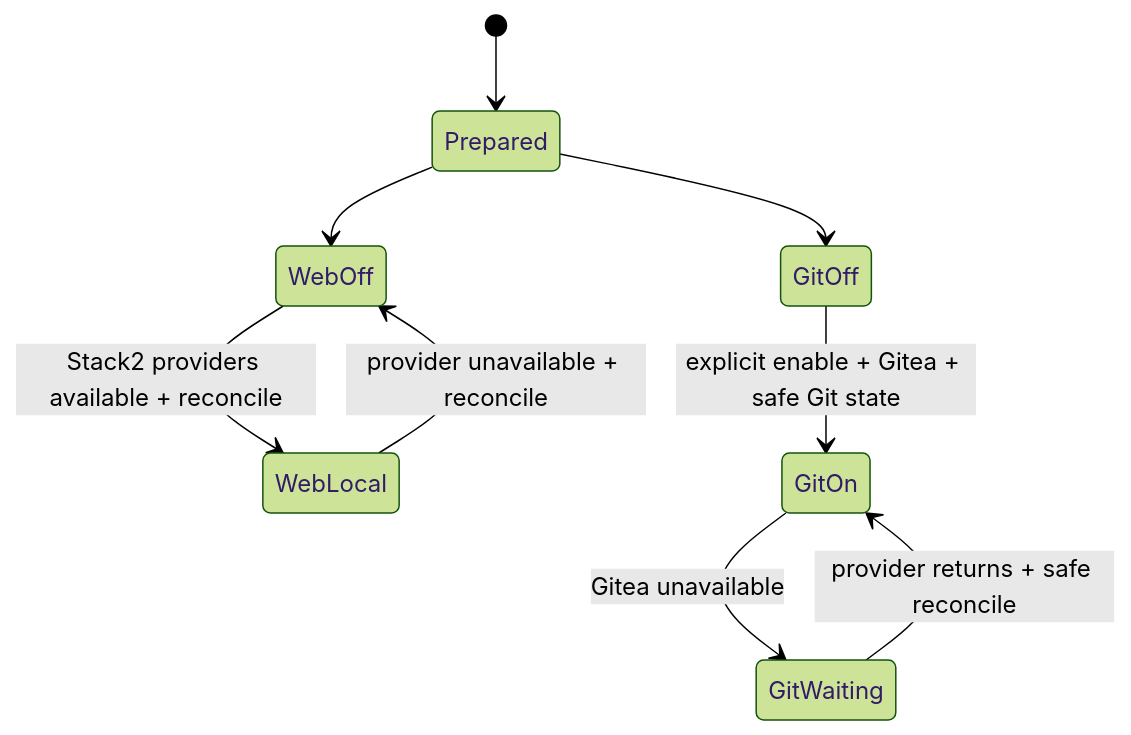
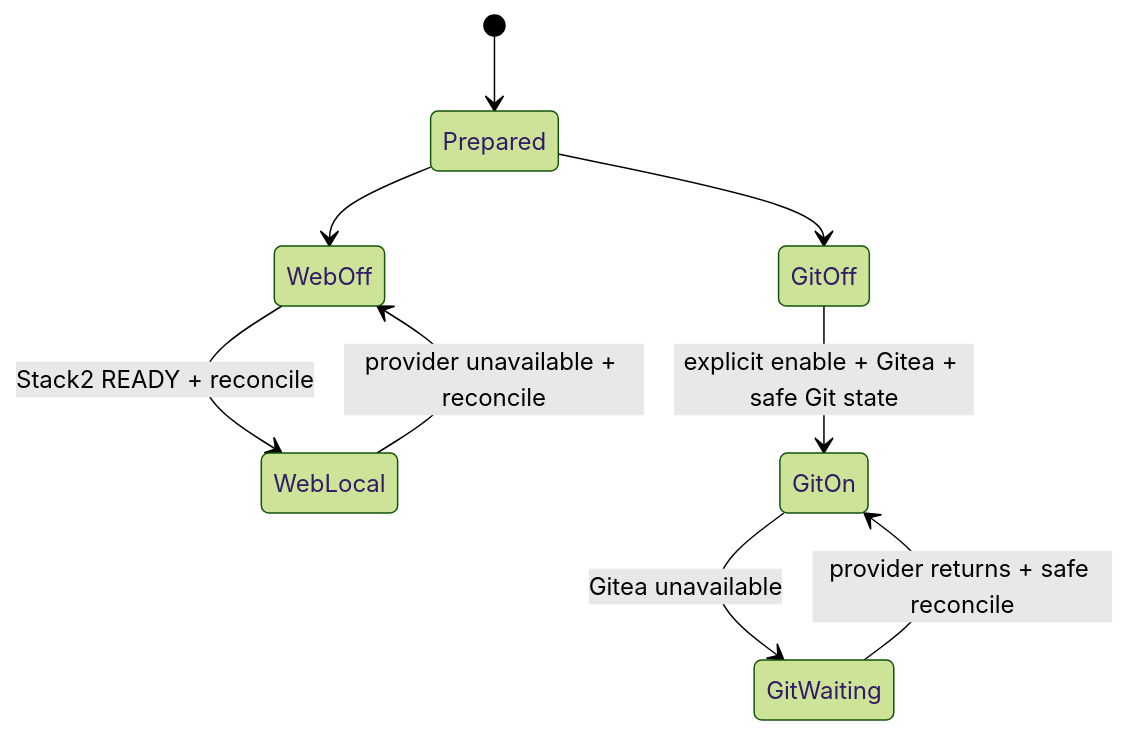
One commit to ea1het/local_hybrid_ai changed the second of 3 diagrams in stack6_-_hermes/README.md. Above: the diagram before and after it, drawn with Mermaid (forest theme). The commit also changed other lines of this file, not shown here.

````diff
--- a/stack6_-_hermes/README.md
+++ b/stack6_-_hermes/README.md
@@ -61,11 +61,11 @@
 ```mermaid
 stateDiagram-v2
     [*] --> Prepared
     Prepared --> WebOff
-    WebOff --> WebLocal: Stack2 providers available + reconcile
+    WebOff --> WebLocal: Stack2 READY + reconcile
     WebLocal --> WebOff: provider unavailable + reconcile
     Prepared --> GitOff
     GitOff --> GitOn: explicit enable + Gitea + safe Git state
     GitOn --> GitWaiting: Gitea unavailable
     GitWaiting --> GitOn: provider returns + safe reconcile
 ```
````
